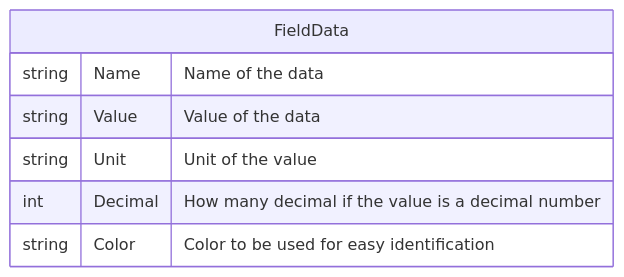
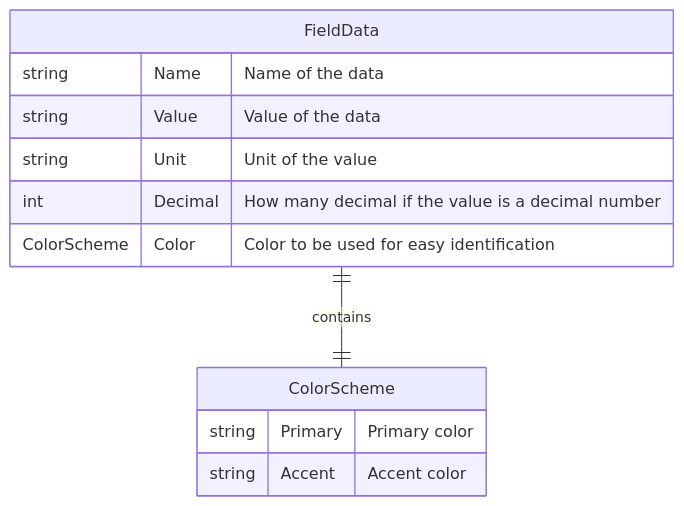
One commit to SCarlsen7757/SimhubDashMenuPlugin changed the first of 2 diagrams in README.md. Above: the diagram before and after it, drawn with Mermaid. The commit also changed other lines of this file and 1 other file, not shown here.

````diff
--- a/README.md
+++ b/README.md
@@ -60,10 +64,17 @@
 ```mermaid
 erDiagram
     FieldData{
       string Name "Name of the data"
       string Value "Value of the data"
       string Unit "Unit of the value"
       int Decimal "How many decimal if the value is a decimal number"
-      string Color "Color to be used for easy identification"
+      ColorScheme Color "Color to be used for easy identification"
     }
+
+    ColorScheme{
+      string Primary "Primary color"
+      string Accent "Accent color"
+    }
+
+    FieldData ||--|| ColorScheme : contains
 ```
````
